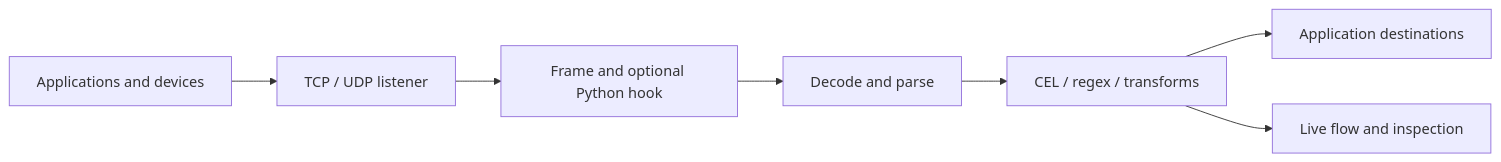
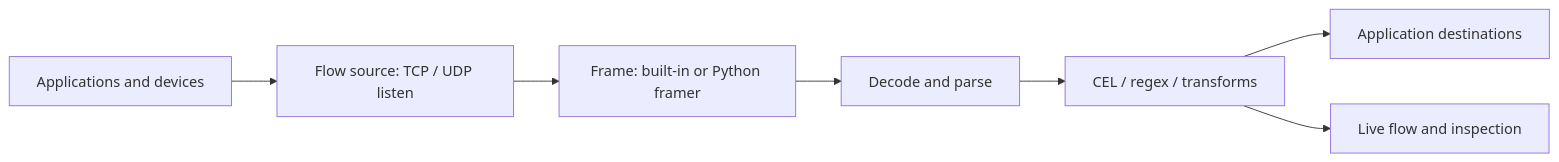
Before and after one commit to wcrum/GoFi: the diagram in README.md, drawn with Mermaid. The commit also changed other lines of this file and 623 other files, not shown here.

````diff
--- a/README.md
+++ b/README.md
@@ -9,9 +15,9 @@
 ```mermaid
 flowchart LR
-  Sender[Applications and devices] --> Socket[TCP / UDP listener]
-  Socket --> Frame[Frame and optional Python hook]
+  Sender[Applications and devices] --> Socket[Flow source: TCP / UDP listen]
+  Socket --> Frame[Frame: built-in or Python framer]
   Frame --> Decode[Decode and parse]
   Decode --> Stages[CEL / regex / transforms]
   Stages --> Sinks[Application destinations]
   Stages --> Portal[Live flow and inspection]
 ```
````
